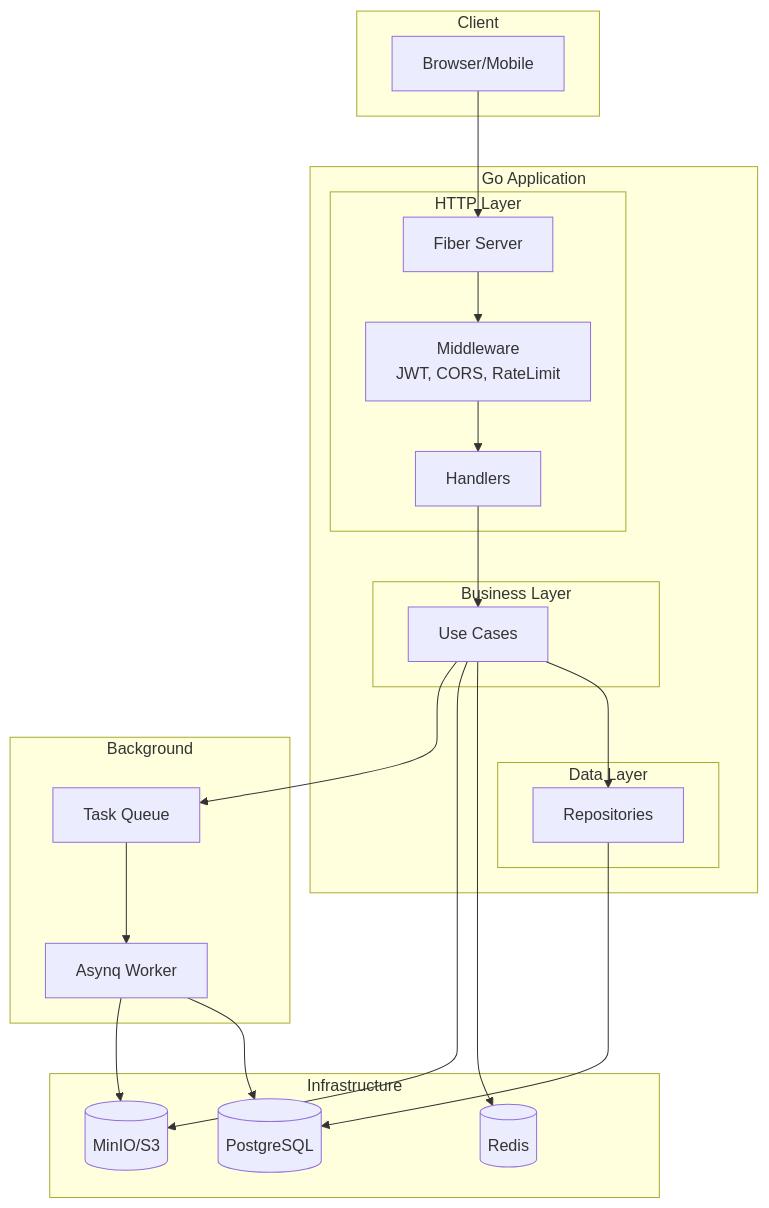
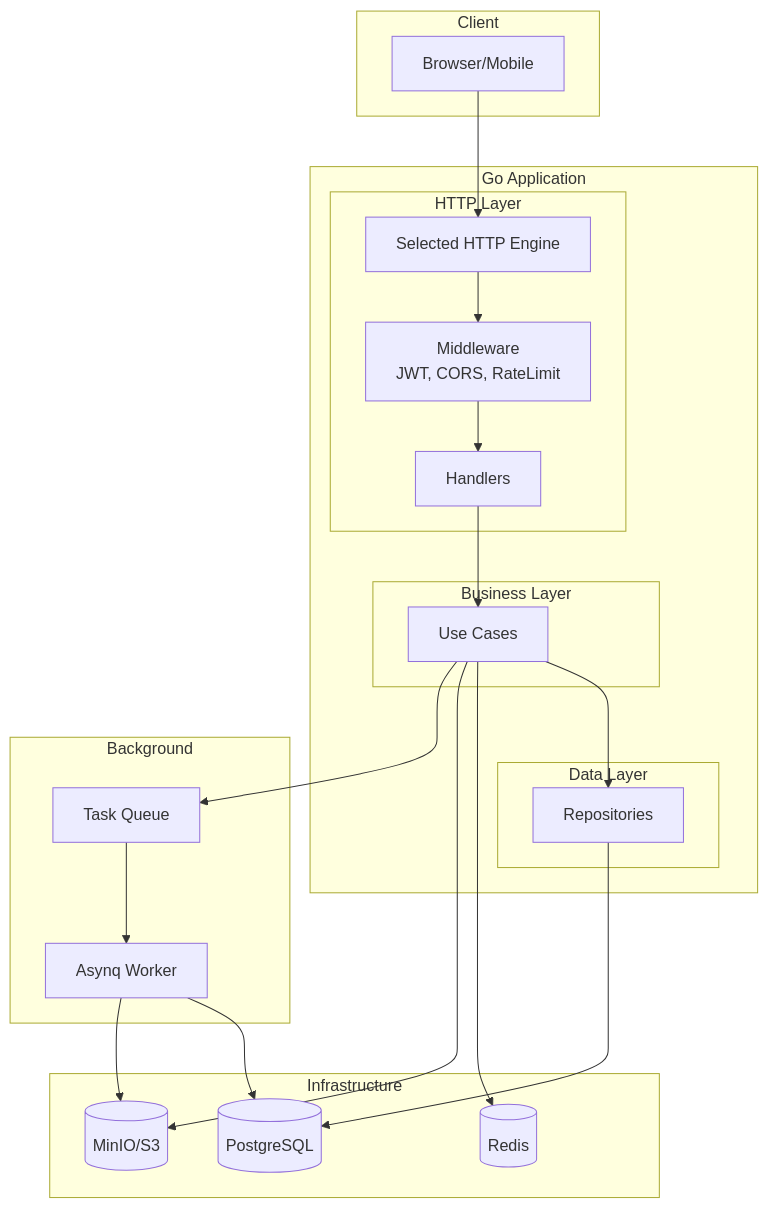
The diagram in README.md (zoe606/gobase), drawn with Mermaid before and after one commit. The commit also changed other lines of this file and 162 other files, not shown here.

````diff
--- a/README.md
+++ b/README.md
@@ -54,45 +71,45 @@
 ```mermaid
 flowchart TB
     subgraph Client
         Browser[Browser/Mobile]
     end
 
     subgraph "Go Application"
         subgraph "HTTP Layer"
-            Fiber[Fiber Server]
+            Server[Selected HTTP Engine]
             MW[Middleware<br/>JWT, CORS, RateLimit]
             Handlers[Handlers]
         end
 
         subgraph "Business Layer"
             UseCases[Use Cases]
         end
 
         subgraph "Data Layer"
             Repos[Repositories]
         end
     end
 
     subgraph "Infrastructure"
         PG[(PostgreSQL)]
         Redis[(Redis)]
         S3[(MinIO/S3)]
     end
 
     subgraph "Background"
         Worker[Asynq Worker]
         Queue[Task Queue]
     end
 
-    Browser --> Fiber
-    Fiber --> MW --> Handlers
+    Browser --> Server
+    Server --> MW --> Handlers
     Handlers --> UseCases
     UseCases --> Repos
     Repos --> PG
     UseCases --> Redis
     UseCases --> S3
     UseCases --> Queue
     Queue --> Worker
     Worker --> PG
     Worker --> S3
 ```
````
